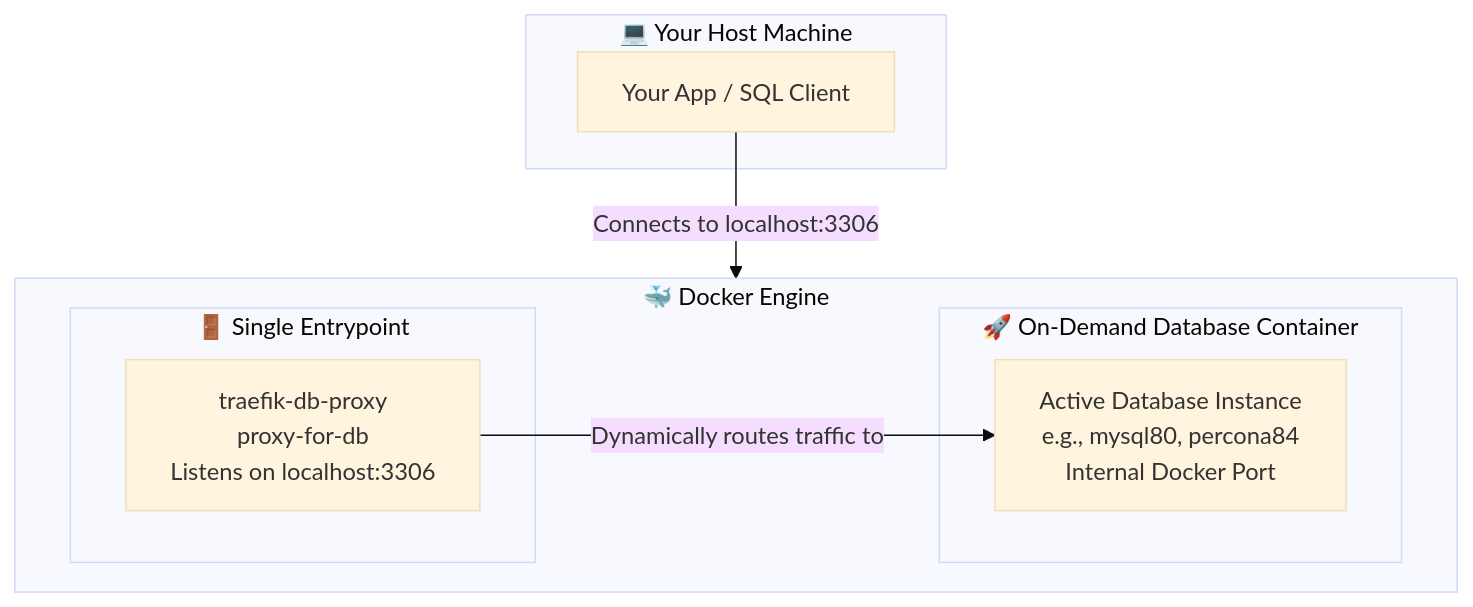
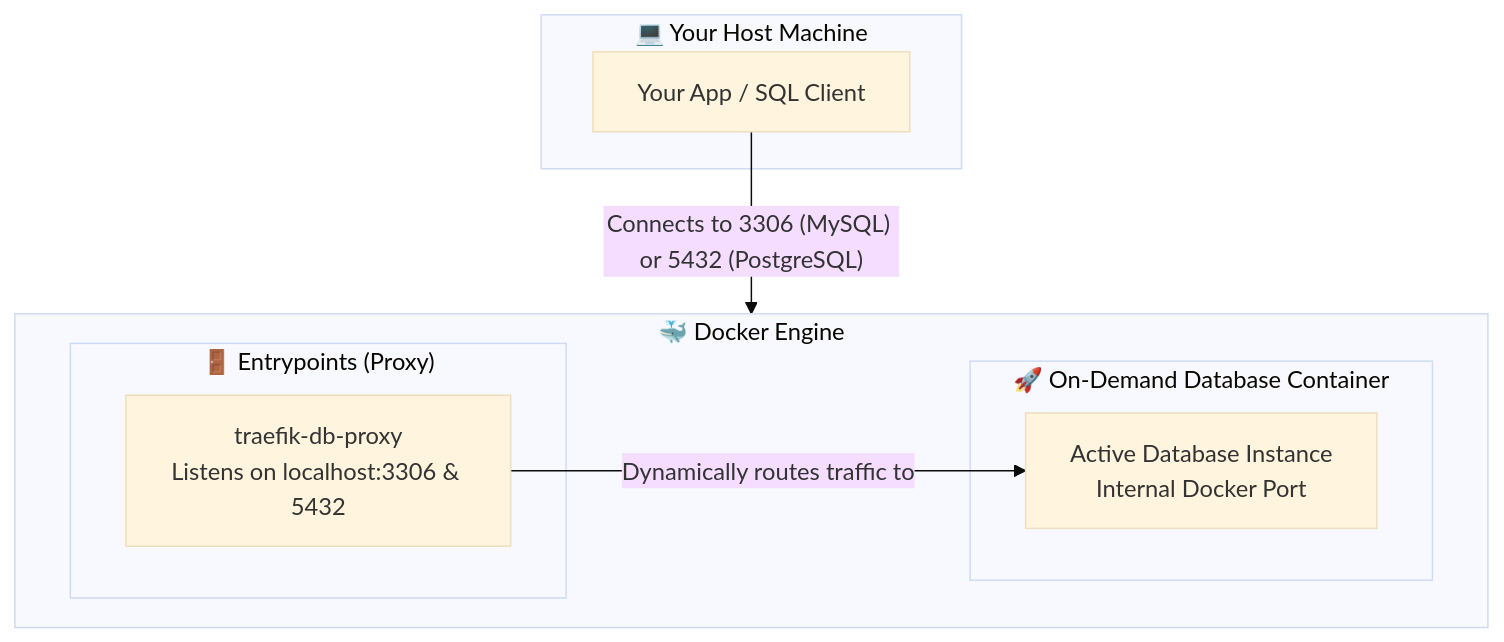
The first of 2 diagrams in README.md (jmrenouard/multi-db-docker-env), drawn with Mermaid (base theme) before and after one commit. The commit also changed other lines of this file and 18 other files, not shown here.

````diff
--- a/README.md
+++ b/README.md
@@ -153,19 +162,19 @@
 ```mermaid
 graph TD
     subgraph "💻 Your Host Machine"
         App[Your App / SQL Client]
     end
 
     subgraph "🐳 Docker Engine"
         direction LR
-        subgraph "🚪 Single Entrypoint"
-            Traefik[traefik-db-proxy<br/>proxy-for-db<br/>Listens on localhost:3306]
+        subgraph "🚪 Entrypoints (Proxy)"
+            Traefik[traefik-db-proxy<br/>Listens on localhost:3306 & 5432]
         end
         subgraph "🚀 On-Demand Database Container"
-            ActiveDB["Active Database Instance<br/>e.g., mysql80, percona84<br/>Internal Docker Port"]
+            ActiveDB["Active Database Instance<br/>Internal Docker Port"]
         end
     end
 
-    App -- "Connects to localhost:3306" --> Traefik
+    App -- "Connects to 3306 (MySQL) or 5432 (PostgreSQL)" --> Traefik
     Traefik -- "Dynamically routes traffic to" --> ActiveDB
 ```
````
